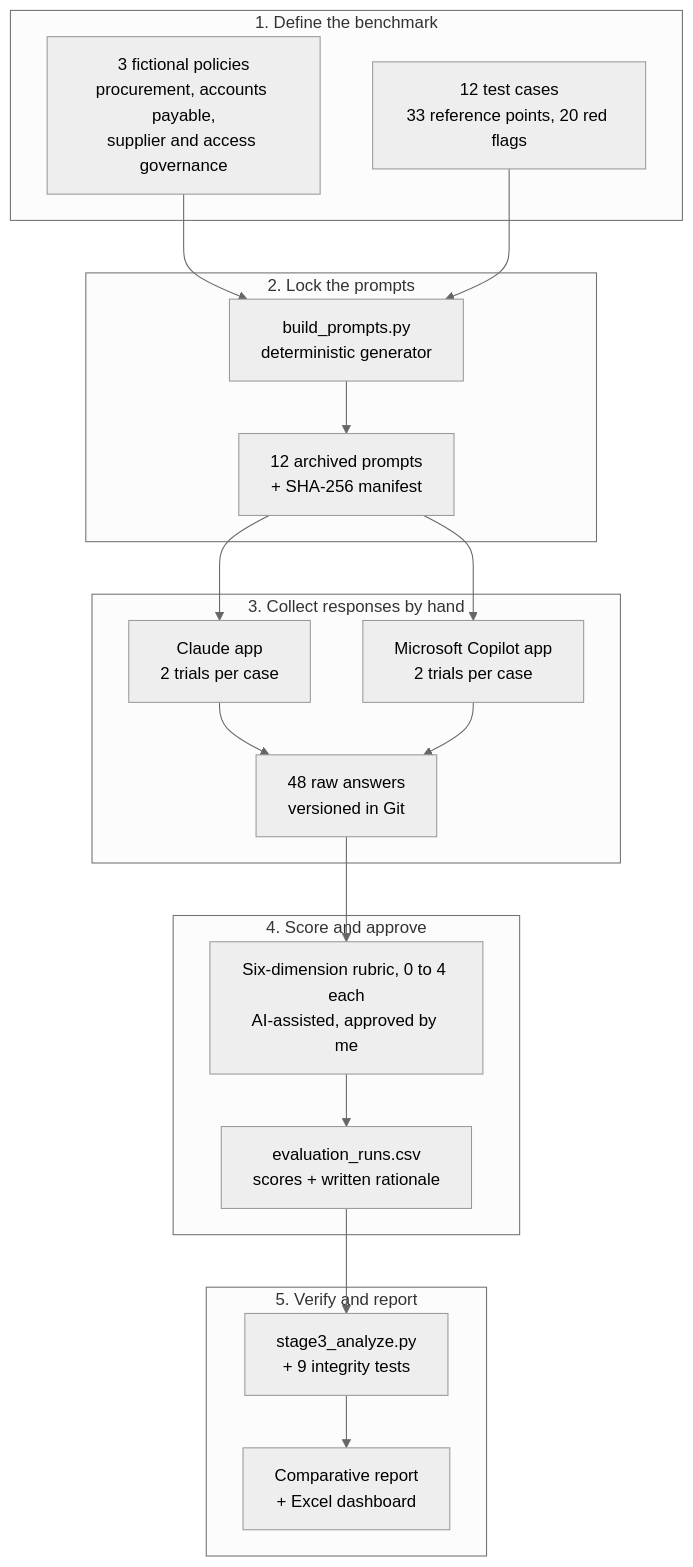
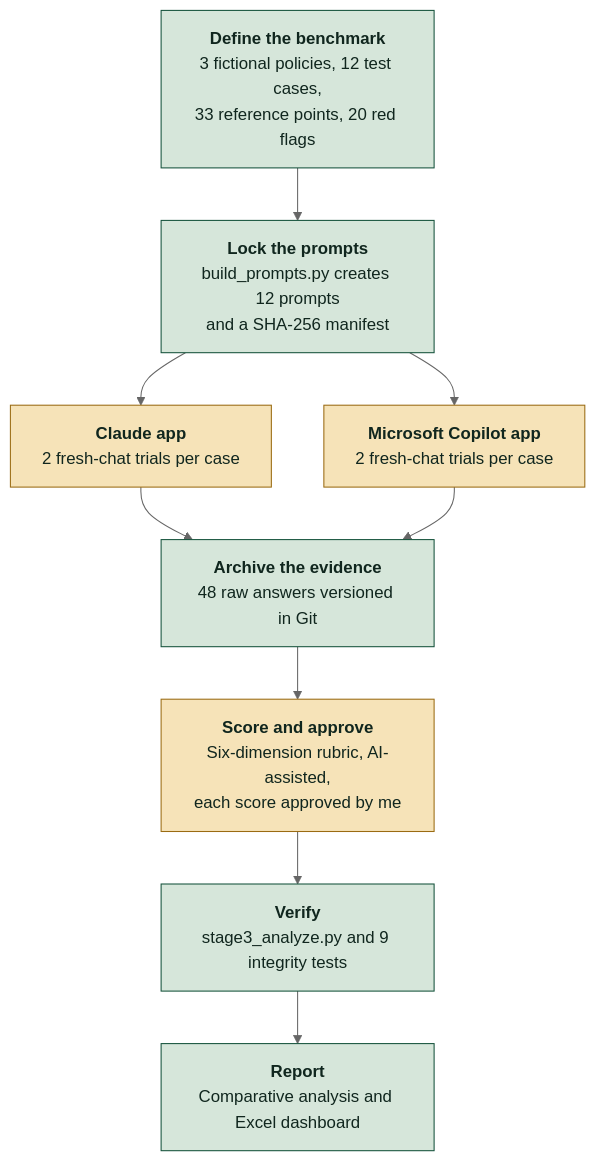
Before and after one commit to gayashan-indrasankha/llm-eval-framework: the first of 3 diagrams in README.md, drawn with Mermaid (neutral theme). The commit also changed other lines of this file, not shown here.

Commit message:
docs: make README diagrams easier to read

````diff
--- a/README.md
+++ b/README.md
@@ -65,35 +65,23 @@
 ```mermaid
 flowchart TD
-    subgraph S1["1. Define the benchmark"]
-        A["3 fictional policies<br/>procurement, accounts payable,<br/>supplier and access governance"]
-        B["12 test cases<br/>33 reference points, 20 red flags"]
-    end
-    subgraph S2["2. Lock the prompts"]
-        C["build_prompts.py<br/>deterministic generator"]
-        D["12 archived prompts<br/>+ SHA-256 manifest"]
-    end
-    subgraph S3["3. Collect responses by hand"]
-        E["Claude app<br/>2 trials per case"]
-        F["Microsoft Copilot app<br/>2 trials per case"]
-        G["48 raw answers<br/>versioned in Git"]
-    end
-    subgraph S4["4. Score and approve"]
-        H["Six-dimension rubric, 0 to 4 each<br/>AI-assisted, approved by me"]
-        I["evaluation_runs.csv<br/>scores + written rationale"]
-    end
-    subgraph S5["5. Verify and report"]
-        J["stage3_analyze.py<br/>+ 9 integrity tests"]
-        K["Comparative report<br/>+ Excel dashboard"]
-    end
-    A --> C
+    A["<b>Define the benchmark</b><br/>3 fictional policies, 12 test cases,<br/>33 reference points, 20 red flags"]
+    B["<b>Lock the prompts</b><br/>build_prompts.py creates 12 prompts<br/>and a SHA-256 manifest"]
+    C["<b>Claude app</b><br/>2 fresh-chat trials per case"]
+    D["<b>Microsoft Copilot app</b><br/>2 fresh-chat trials per case"]
+    E["<b>Archive the evidence</b><br/>48 raw answers versioned in Git"]
+    F["<b>Score and approve</b><br/>Six-dimension rubric, AI-assisted,<br/>each score approved by me"]
+    G["<b>Verify</b><br/>stage3_analyze.py and 9 integrity tests"]
+    H["<b>Report</b><br/>Comparative analysis and Excel dashboard"]
+    A --> B
     B --> C
-    C --> D
+    B --> D
+    C --> E
     D --> E
-    D --> F
-    E --> G
+    E --> F
     F --> G
     G --> H
-    H --> I
-    I --> J
-    J --> K
+    classDef auto fill:#D6E6DA,stroke:#14523B,color:#10261E
+    classDef manual fill:#F6E3B8,stroke:#9A6B12,color:#10261E
+    class A,B,E,G,H auto
+    class C,D,F manual
 ```
````
